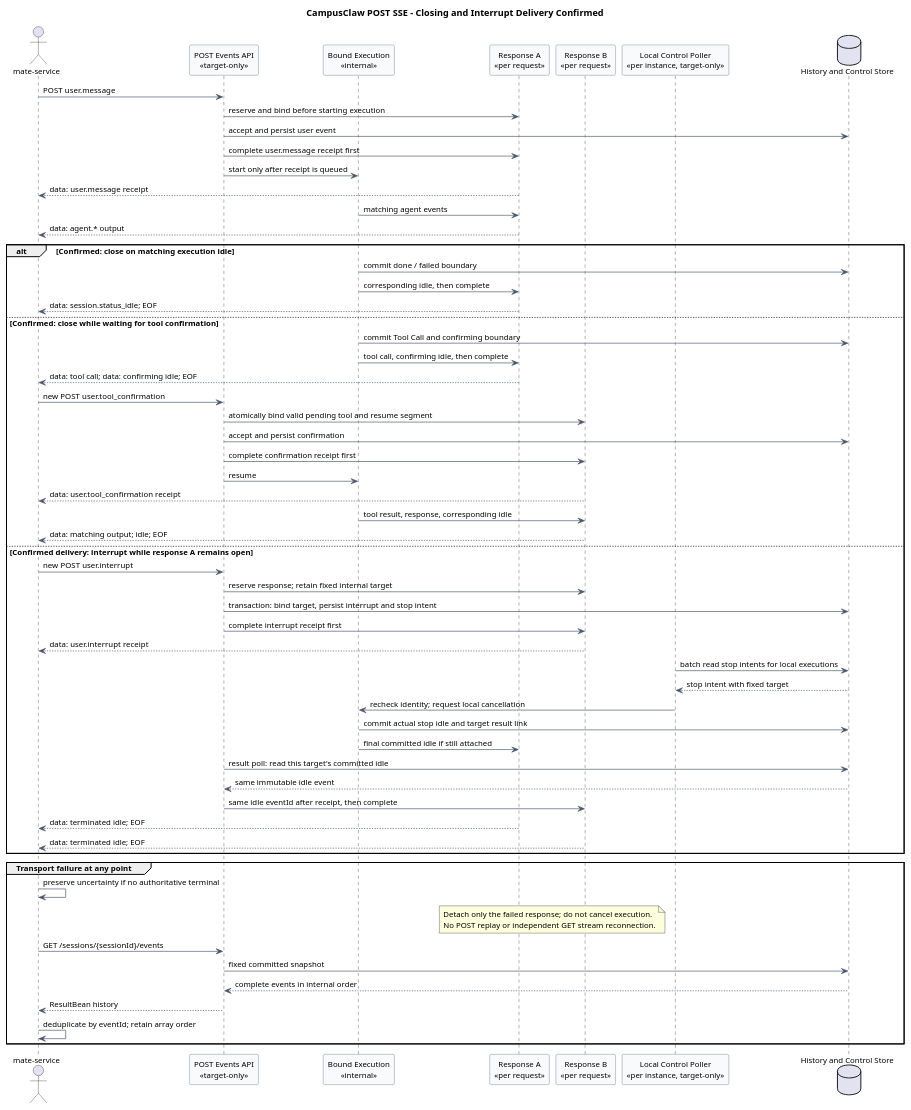
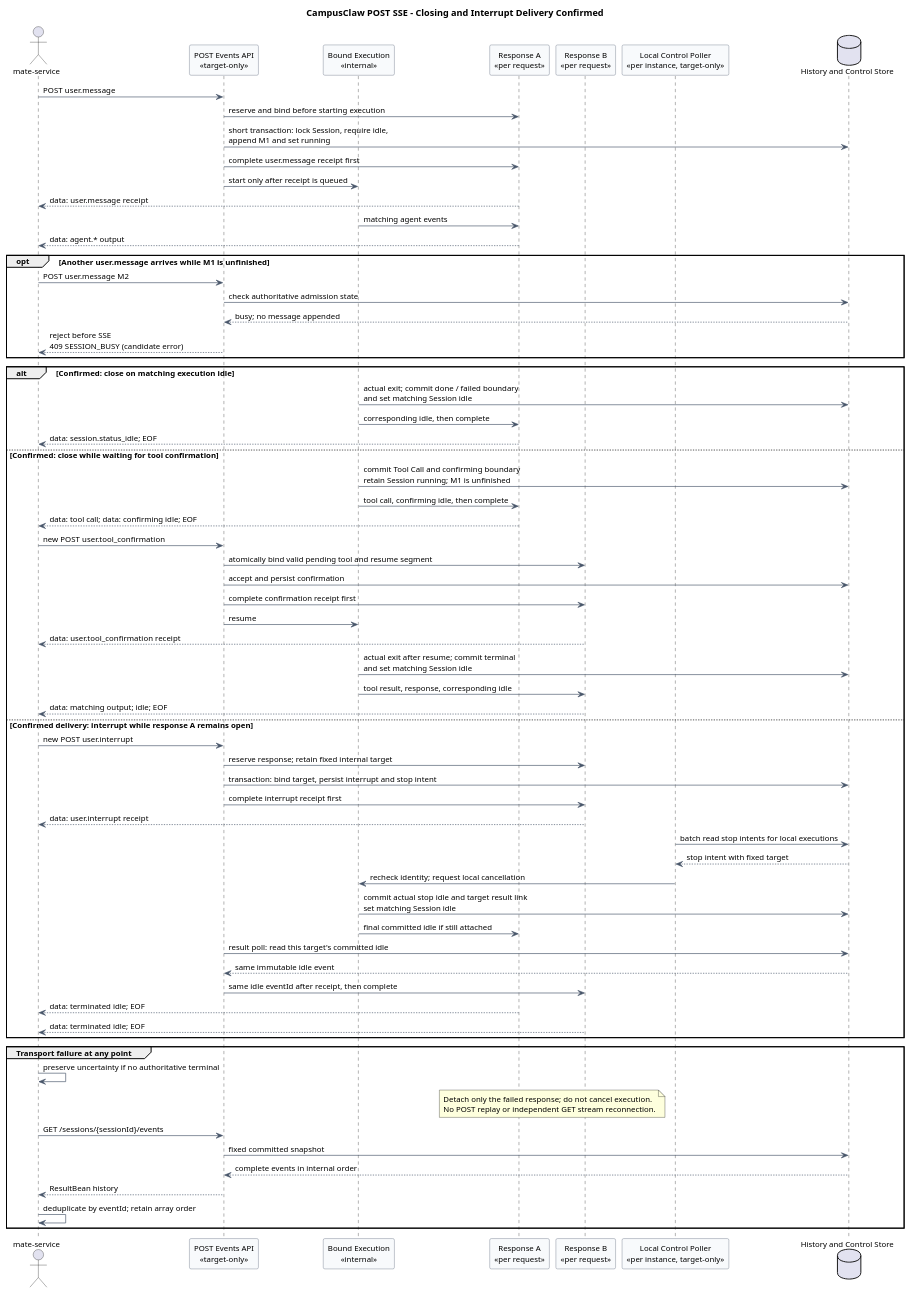
Before and after one commit to ssm0808/pi-mono-java-design: the third of 5 diagrams in 01-总体架构/01-CampusClaw多Agent运行时/设计图/事件接口重设计/diagram.puml, drawn with PlantUML. The commit also changed other lines of this file and 14 other files, not shown here.

```diff
--- a/01-总体架构/01-CampusClaw多Agent运行时/设计图/事件接口重设计/diagram.puml
+++ b/01-总体架构/01-CampusClaw多Agent运行时/设计图/事件接口重设计/diagram.puml
@@ -196,87 +207,95 @@
 @startuml target_session_live_stream_lifecycle
 title CampusClaw POST SSE - Closing and Interrupt Delivery Confirmed
 ' Stable block name retained for existing SVG links; this is no longer a GET stream.
 ' Source evidence: pi-mono-java 918005ee8ccc88d179fc31a0de17a92b4a01383b.
 ' campusclaw/src/main/java/com/huawei/hicampus/claw/codingagent/runtimeapi/event/RuntimeTerminalEventFactory.java,
 ' emit, lines 34-57: current idle plus stream.end, or stream.error on failure.
 ' campusclaw/src/main/java/com/huawei/hicampus/claw/codingagent/runtimeapi/web/RuntimeSseEmitterSubscriber.java,
 ' onEvent/onComplete, lines 33-49: named SSE; explicit emitter completion.
 ' Confirmed: one POST for input/output, user receipt first, data-only and type+phase.
 ' Confirmed target-only: matching idle ends this response, including confirmation waits.
 ' Design reason: do not keep a completed request open for unrelated later messages.
 ' Confirmed: original output stays on A; B receives receipt and the same stop idle only.
 ' Confirmed target-only: durable DB stop requests and per-instance batch polling; no Redis.
 ' Exact schema, polling interval, races, idle reason literals and failures remain open.
 skinparam backgroundColor #FFFFFF
 skinparam shadowing false
 skinparam defaultFontName Arial
 skinparam defaultFontSize 12
 skinparam sequence {
   ParticipantBackgroundColor #F8FAFC
   ParticipantBorderColor #475569
   ArrowColor #475569
 }
 actor "mate-service" as Client
 participant "POST Events API\n<<target-only>>" as API
 participant "Bound Execution\n<<internal>>" as Execution
 participant "Response A\n<<per request>>" as A
 participant "Response B\n<<per request>>" as B
 participant "Local Control Poller\n<<per instance, target-only>>" as Poller
 database "History and Control Store" as Store
 
 Client -> API : POST user.message
 API -> A : reserve and bind before starting execution
-API -> Store : accept and persist user event
+API -> Store : short transaction: lock Session, require idle,\nappend M1 and set running
 API -> A : complete user.message receipt first
 API -> Execution : start only after receipt is queued
 A --> Client : data: user.message receipt
 Execution -> A : matching agent events
 A --> Client : data: agent.* output
 
+opt Another user.message arrives while M1 is unfinished
+  Client -> API : POST user.message M2
+  API -> Store : check authoritative admission state
+  Store --> API : busy; no message appended
+  API --> Client : reject before SSE\n409 SESSION_BUSY (candidate error)
+end
+
 alt Confirmed: close on matching execution idle
-  Execution -> Store : commit done / failed boundary
+  Execution -> Store : actual exit; commit done / failed boundary\nand set matching Session idle
   Execution -> A : corresponding idle, then complete
   A --> Client : data: session.status_idle; EOF
 else Confirmed: close while waiting for tool confirmation
-  Execution -> Store : commit Tool Call and confirming boundary
+  Execution -> Store : commit Tool Call and confirming boundary\nretain Session running; M1 is unfinished
   Execution -> A : tool call, confirming idle, then complete
   A --> Client : data: tool call; data: confirming idle; EOF
   Client -> API : new POST user.tool_confirmation
   API -> B : atomically bind valid pending tool and resume segment
   API -> Store : accept and persist confirmation
   API -> B : complete confirmation receipt first
   API -> Execution : resume
   B --> Client : data: user.tool_confirmation receipt
+  Execution -> Store : actual exit after resume; commit terminal\nand set matching Session idle
   Execution -> B : tool result, response, corresponding idle
   B --> Client : data: matching output; idle; EOF
 else Confirmed delivery: interrupt while response A remains open
   Client -> API : new POST user.interrupt
   API -> B : reserve response; retain fixed internal target
   API -> Store : transaction: bind target, persist interrupt and stop intent
   API -> B : complete interrupt receipt first
   B --> Client : data: user.interrupt receipt
   Poller -> Store : batch read stop intents for local executions
   Store --> Poller : stop intent with fixed target
   Poller -> Execution : recheck identity; request local cancellation
-  Execution -> Store : commit actual stop idle and target result link
+  Execution -> Store : commit actual stop idle and target result link\nset matching Session idle
   Execution -> A : final committed idle if still attached
   API -> Store : result poll: read this target's committed idle
   Store --> API : same immutable idle event
   API -> B : same idle eventId after receipt, then complete
   A --> Client : data: terminated idle; EOF
   B --> Client : data: terminated idle; EOF
 end
 
 group Transport failure at any point
   Client -> Client : preserve uncertainty if no authoritative terminal
   note over A,B
   Detach only the failed response; do not cancel execution.
   No POST replay or independent GET stream reconnection.
   end note
   Client -> API : GET /sessions/{sessionId}/events
   API -> Store : fixed committed snapshot
   Store --> API : complete events in internal order
   API --> Client : ResultBean history
   Client -> Client : deduplicate by eventId; retain array order
 end
 @enduml
```
